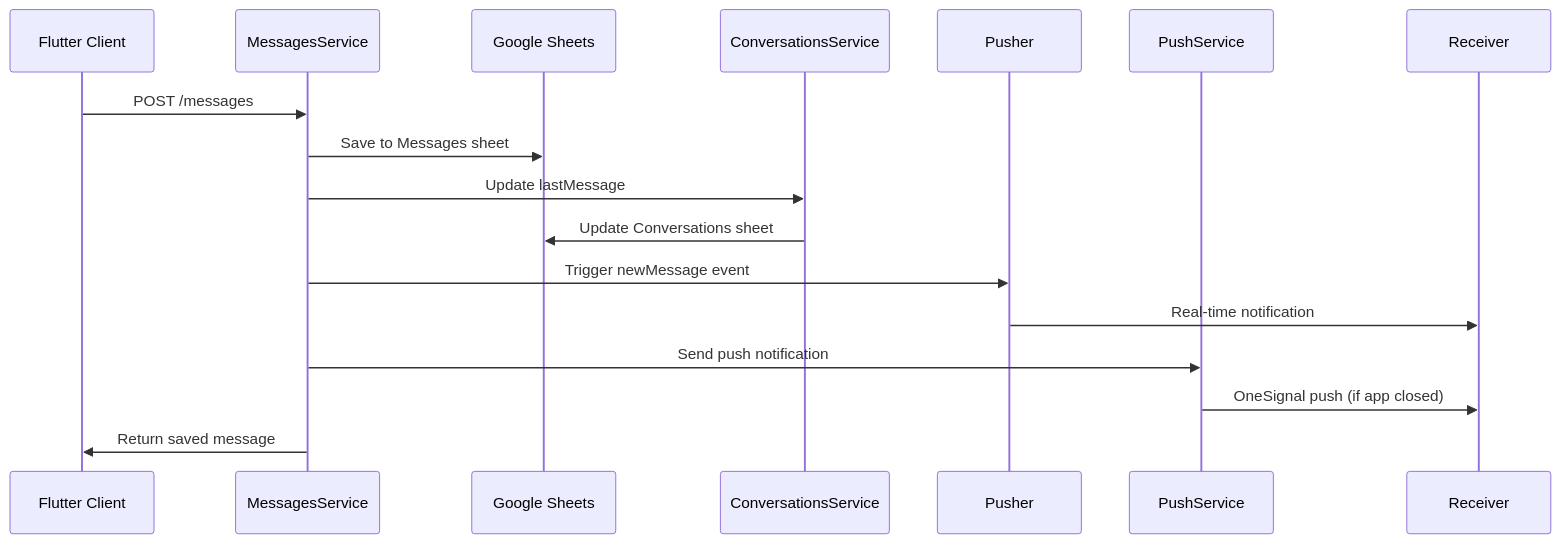
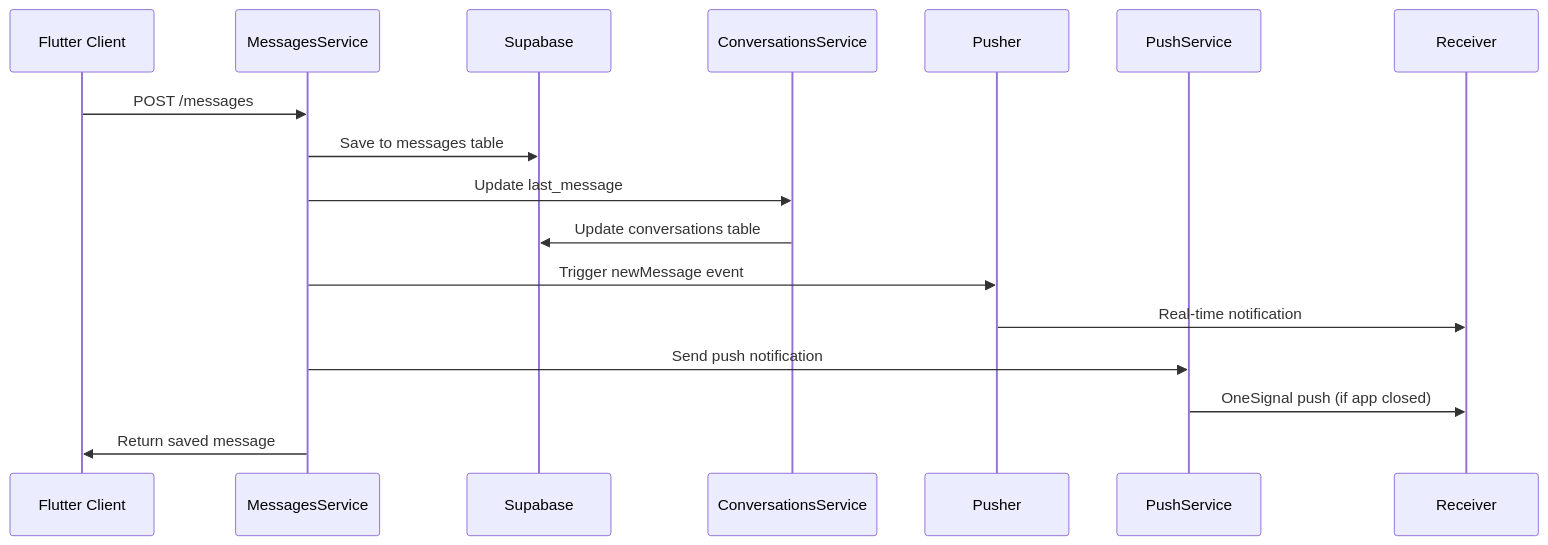
One commit to mvadly/api-mvchat changed the second of 5 diagrams in README.md. Above: the diagram before and after it, drawn with Mermaid. The commit also changed other lines of this file and 2 other files, not shown here.

````diff
--- a/README.md
+++ b/README.md
@@ -170,20 +166,20 @@
 ```mermaid
 sequenceDiagram
     participant F as Flutter Client
     participant M as MessagesService
-    participant S as Google Sheets
+    participant S as Supabase
     participant C as ConversationsService
     participant P as Pusher
     participant O as PushService
     participant R as Receiver
 
     F->>M: POST /messages
-    M->>S: Save to Messages sheet
-    M->>C: Update lastMessage
-    C->>S: Update Conversations sheet
+    M->>S: Save to messages table
+    M->>C: Update last_message
+    C->>S: Update conversations table
     M->>P: Trigger newMessage event
     P->>R: Real-time notification
     M->>O: Send push notification
     O->>R: OneSignal push (if app closed)
     M->>F: Return saved message
 ```
````
